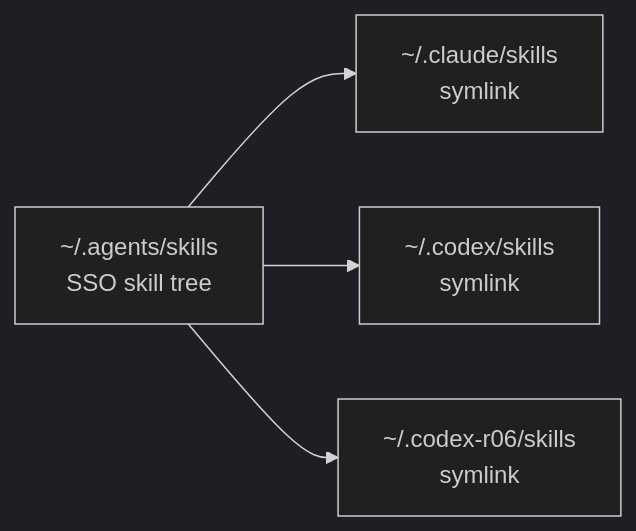
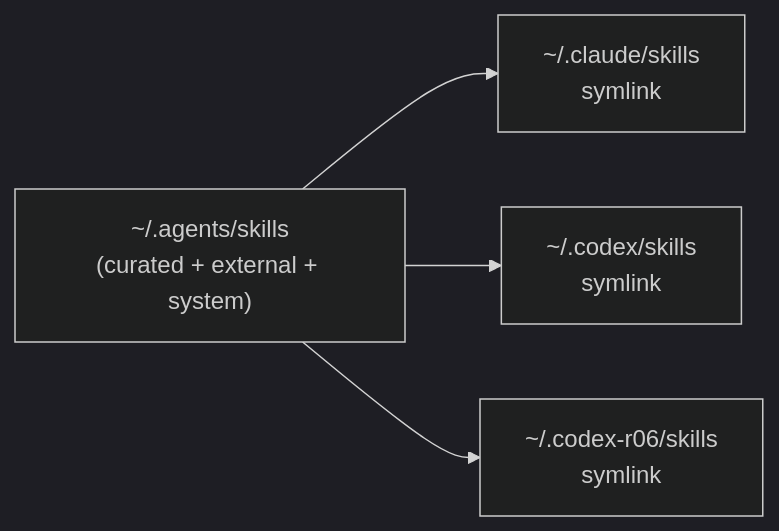
The diagram in docs/agents/codex.md (kryota-dev/dotfiles), drawn with Mermaid (dark theme) before and after one commit. The commit also changed other lines of this file and 14 other files, not shown here.

````diff
--- a/docs/agents/codex.md
+++ b/docs/agents/codex.md
@@ -228,6 +228,6 @@
 ```mermaid
 graph LR
-    A[~/.agents/skills\nSSO skill tree] --> B[~/.claude/skills\nsymlink]
+    A["~/.agents/skills\n(curated + external + system)"] --> B[~/.claude/skills\nsymlink]
     A --> C[~/.codex/skills\nsymlink]
     A --> D[~/.codex-r06/skills\nsymlink]
 ```
````
